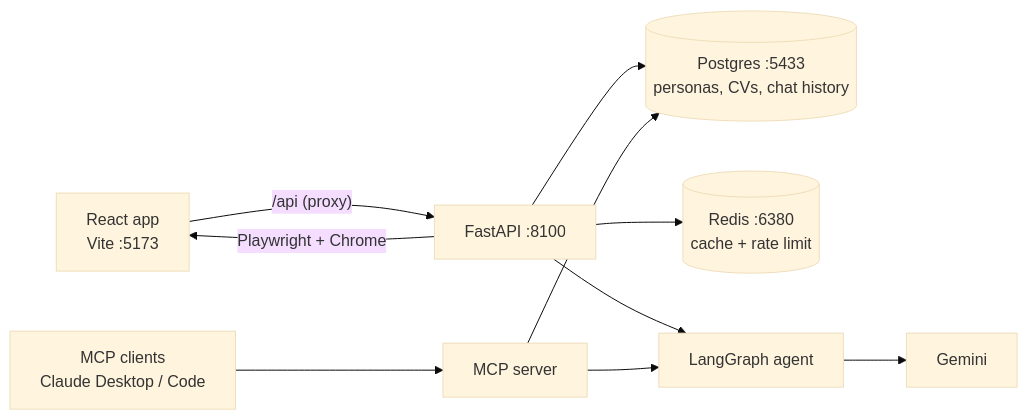
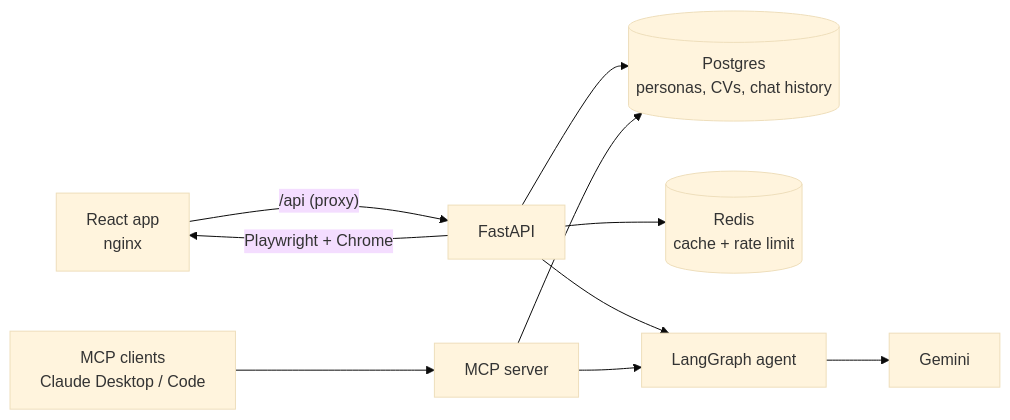
Before and after one commit to MSommo/ResuMaker: the first of 2 diagrams in README.md, drawn with Mermaid (base theme). The commit also changed other lines of this file and 7 other files, not shown here.

````diff
--- a/README.md
+++ b/README.md
@@ -7,10 +7,10 @@
 ```mermaid
 flowchart LR
-  B[React app<br/>Vite :5173] -- /api (proxy) --> A[FastAPI :8100]
-  A --> P[(Postgres :5433<br/>personas, CVs, chat history)]
-  A --> R[(Redis :6380<br/>cache + rate limit)]
+  B[React app<br/>nginx] -- /api (proxy) --> A[FastAPI]
+  A --> P[(Postgres<br/>personas, CVs, chat history)]
+  A --> R[(Redis<br/>cache + rate limit)]
   A --> G[LangGraph agent] --> M[Gemini]
   A -- Playwright + Chrome --> B
   C[MCP clients<br/>Claude Desktop / Code] --> S[MCP server] --> P
   S --> G
 ```
````
